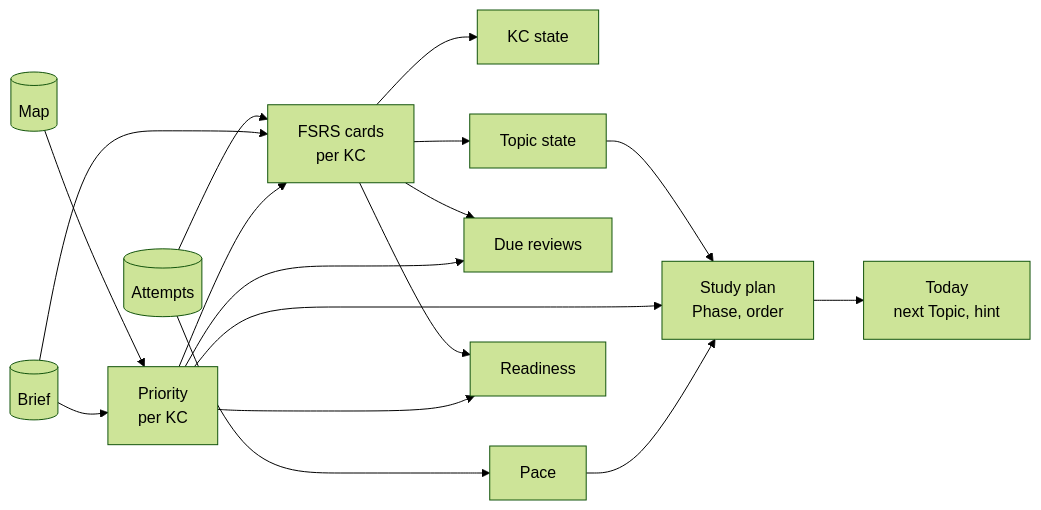
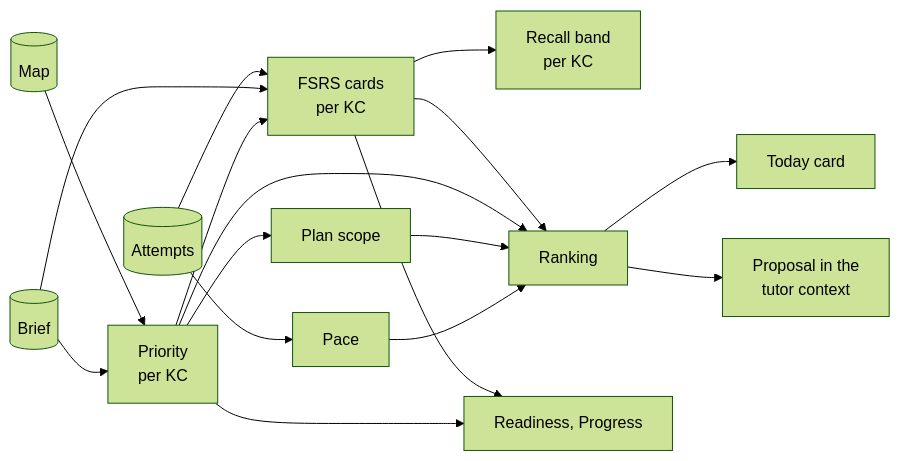
One commit to 69420pm/project-mastery changed the second of 3 diagrams in docs/features/tutoring.md. Above: the diagram before and after it, drawn with Mermaid (forest theme). The commit also changed other lines of this file and 331 other files, not shown here.

````diff
--- a/docs/features/tutoring.md
+++ b/docs/features/tutoring.md
@@ -64,19 +71,19 @@
 ```mermaid
 flowchart LR
   map[("Map")] --> priority["Priority<br/>per KC"]
   brief[("Brief")] --> priority
   log[("Attempts")] --> cards["FSRS cards<br/>per KC"]
   brief --> cards
   priority --> cards
-  cards --> kc["KC state"]
-  cards --> topic["Topic state"]
-  cards --> due["Due reviews"]
-  priority --> due
-  topic --> plan["Study plan<br/>Phase, order"]
-  priority --> plan
+  cards --> band["Recall band<br/>per KC"]
+  priority --> scope["Plan scope"]
   log --> pace["Pace"]
-  pace --> plan
-  plan --> today["Today<br/>next Topic, hint"]
-  cards --> ready["Readiness"]
+  cards --> rank["Ranking"]
+  priority --> rank
+  scope --> rank
+  pace --> rank
+  rank --> today["Today card"]
+  rank --> proposal["Proposal in the<br/>tutor context"]
+  cards --> ready["Readiness, Progress"]
   priority --> ready
 ```
````
